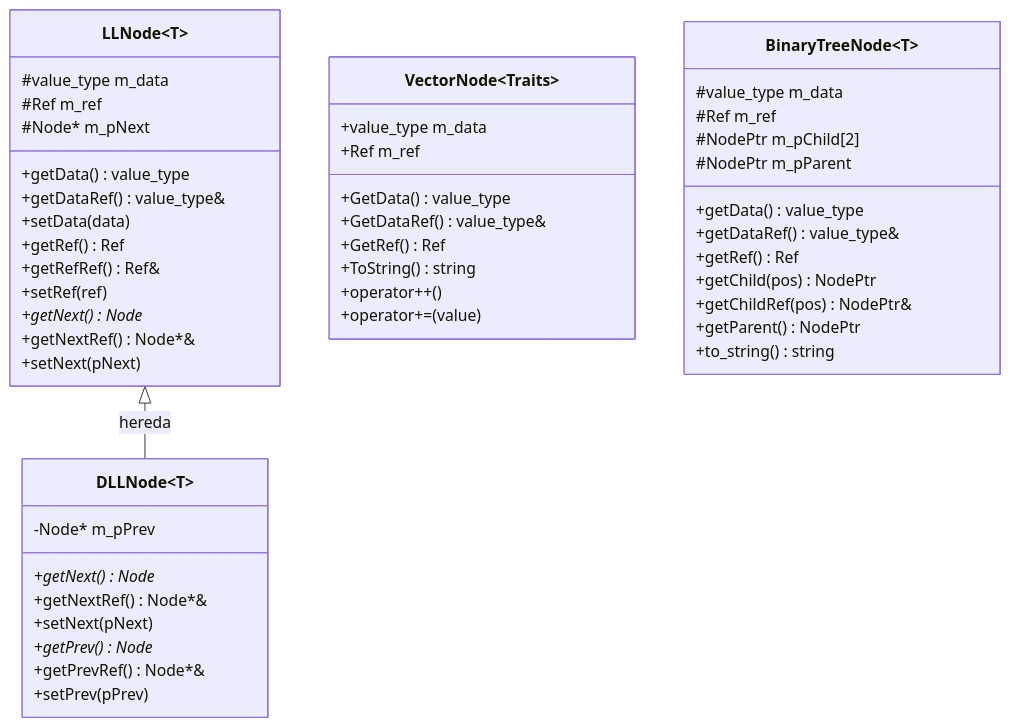
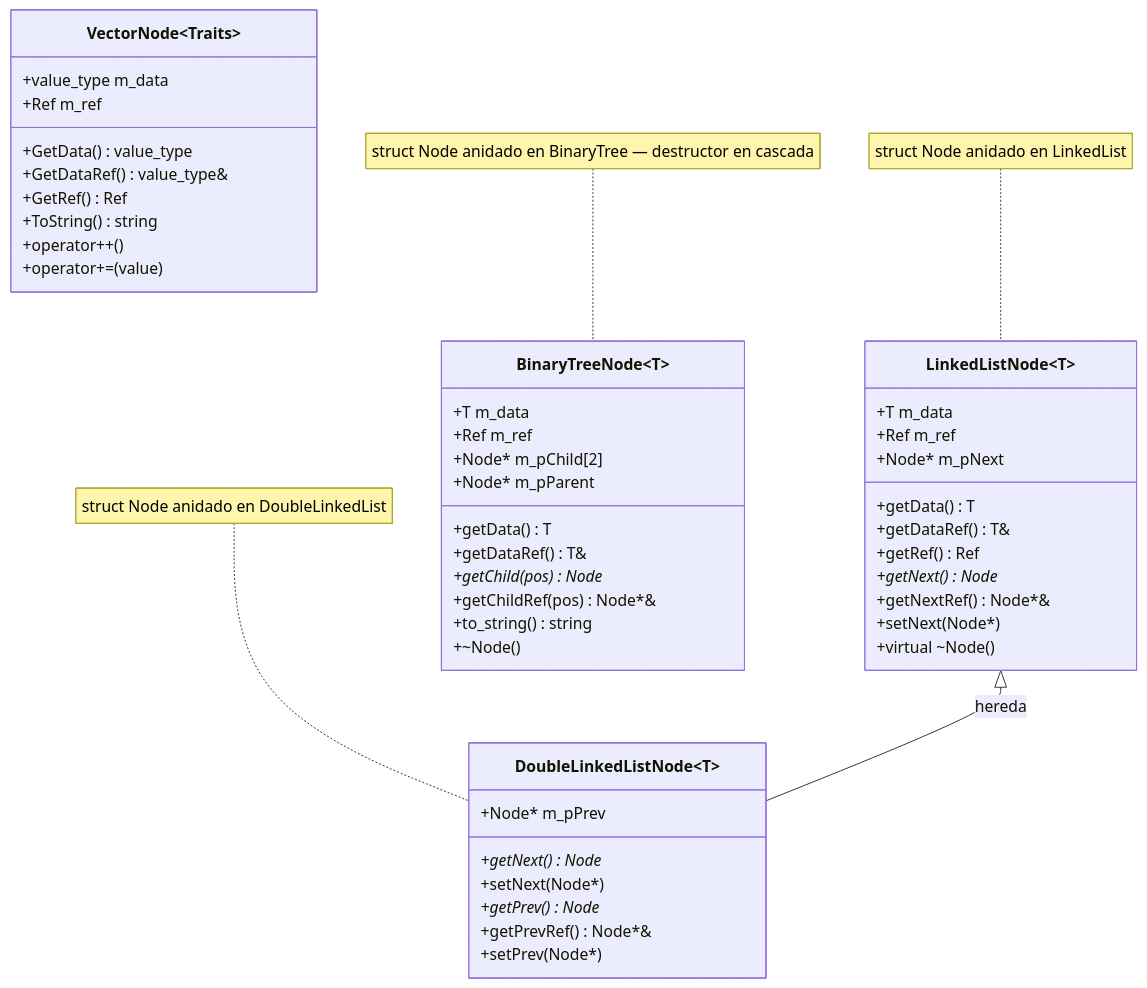
One commit to Camilo-vinatea/2026-I-MCC001-AED changed the second of 10 diagrams in docs/architecture.md. Above: the diagram before and after it, drawn with Mermaid. The commit also changed other lines of this file and 1 other file, not shown here.

````diff
--- a/docs/architecture.md
+++ b/docs/architecture.md
@@ -114,54 +129,53 @@
 ```mermaid
 classDiagram
-    class LLNode~T~ {
-        #value_type m_data
-        #Ref m_ref
-        #Node* m_pNext
-        +getData() value_type
-        +getDataRef() value_type&
-        +setData(data)
+    class LinkedListNode~T~ {
+        +T m_data
+        +Ref m_ref
+        +Node* m_pNext
+        +getData() T
+        +getDataRef() T&
         +getRef() Ref
-        +getRefRef() Ref&
-        +setRef(ref)
         +getNext() Node*
         +getNextRef() Node*&
-        +setNext(pNext)
+        +setNext(Node*)
+        +virtual ~Node()
     }
+    note for LinkedListNode "struct Node anidado en LinkedList"
 
-    class DLLNode~T~ {
-        -Node* m_pPrev
+    class DoubleLinkedListNode~T~ {
+        +Node* m_pPrev
         +getNext() Node*
-        +getNextRef() Node*&
-        +setNext(pNext)
+        +setNext(Node*)
         +getPrev() Node*
         +getPrevRef() Node*&
-        +setPrev(pPrev)
+        +setPrev(Node*)
     }
+    note for DoubleLinkedListNode "struct Node anidado en DoubleLinkedList"
+
+    class BinaryTreeNode~T~ {
+        +T m_data
+        +Ref m_ref
+        +Node* m_pChild[2]
+        +Node* m_pParent
+        +getData() T
+        +getDataRef() T&
+        +getChild(pos) Node*
+        +getChildRef(pos) Node*&
+        +to_string() string
+        +~Node()
+    }
+    note for BinaryTreeNode "struct Node anidado en BinaryTree — destructor en cascada"
 
     class VectorNode~Traits~ {
         +value_type m_data
         +Ref m_ref
         +GetData() value_type
         +GetDataRef() value_type&
         +GetRef() Ref
         +ToString() string
         +operator++()
         +operator+=(value)
     }
 
-    class BinaryTreeNode~T~ {
-        #value_type m_data
-        #Ref m_ref
-        #NodePtr m_pChild[2]
-        #NodePtr m_pParent
-        +getData() value_type
-        +getDataRef() value_type&
-        +getRef() Ref
-        +getChild(pos) NodePtr
-        +getChildRef(pos) NodePtr&
-        +getParent() NodePtr
-        +to_string() string
-    }
-
-    LLNode <|-- DLLNode : hereda
+    LinkedListNode <|-- DoubleLinkedListNode : hereda
 ```
````
